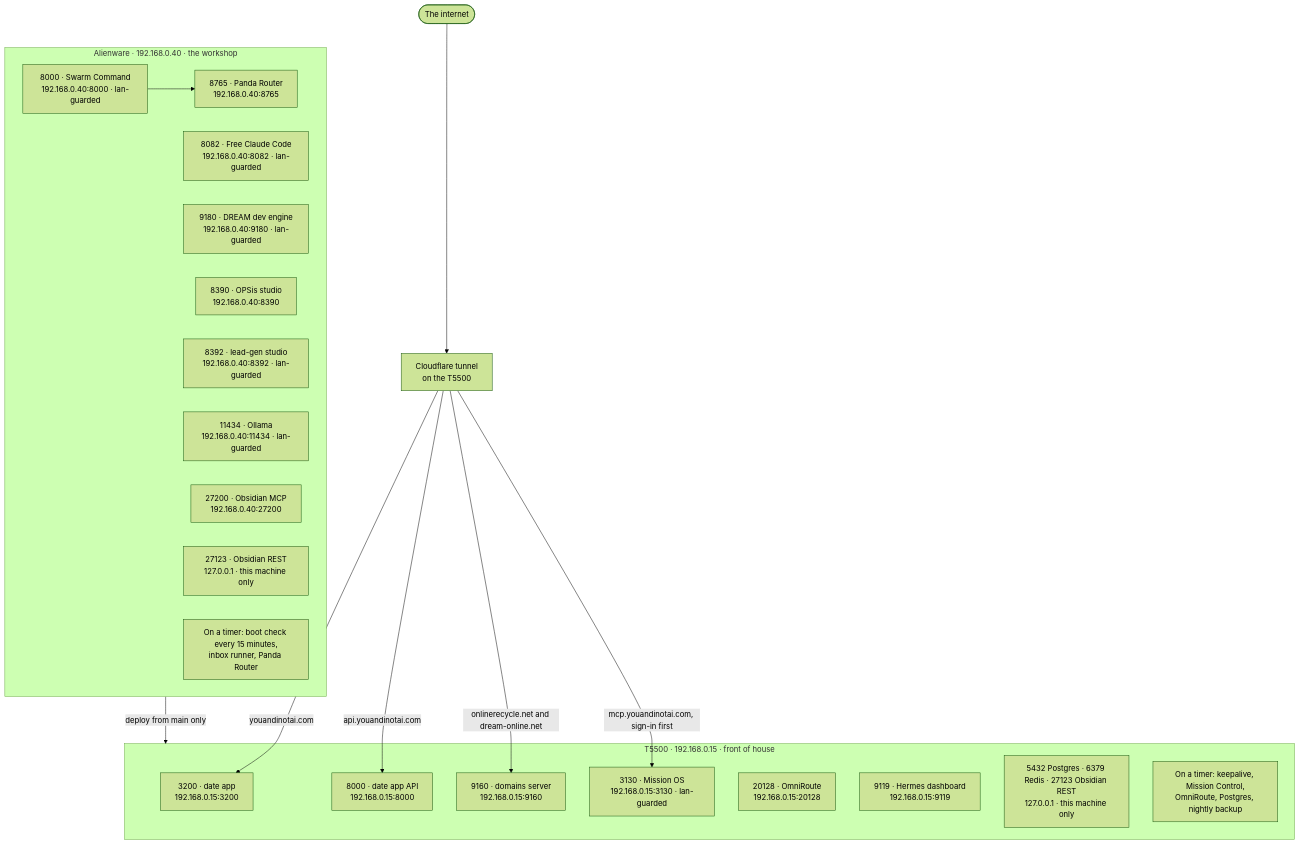
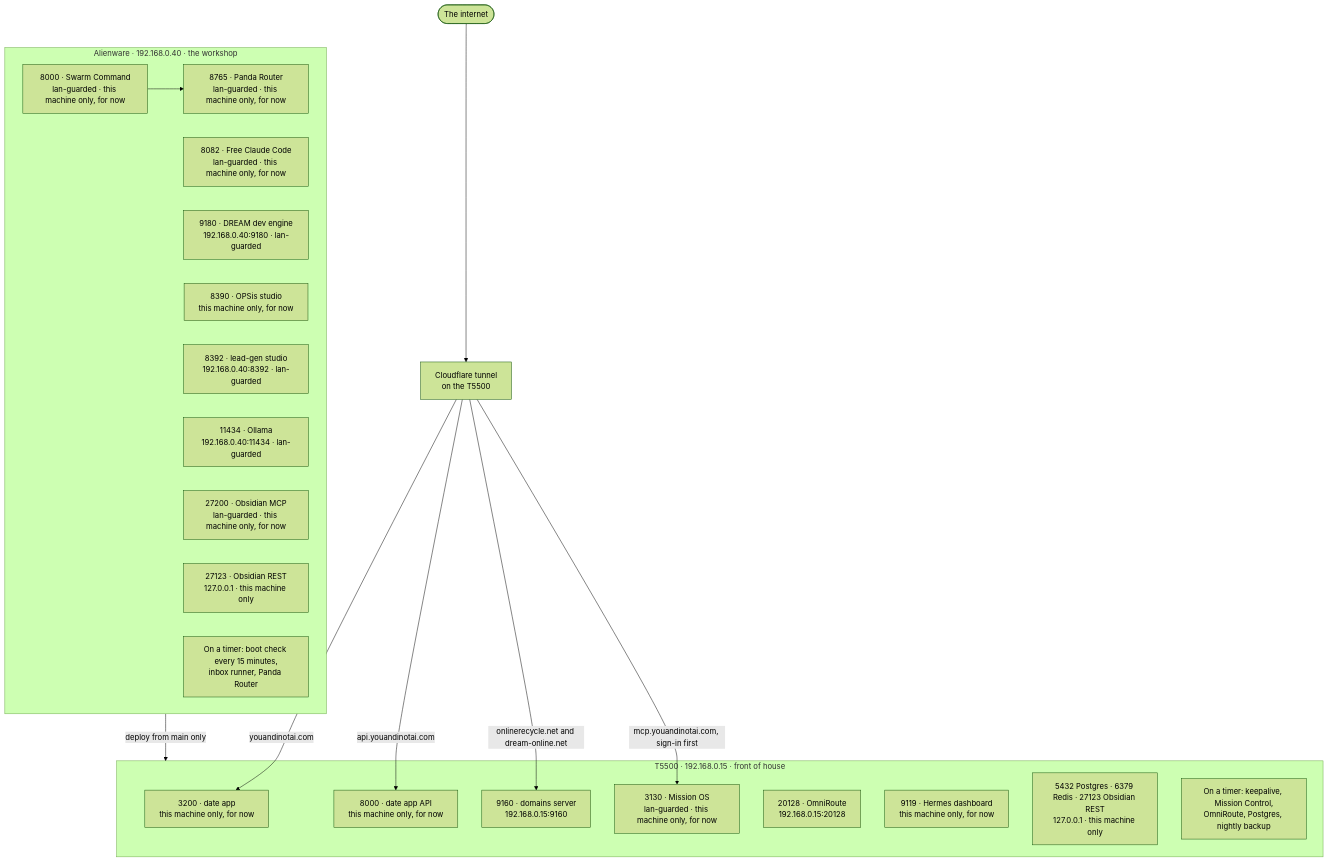
One commit to Trollz1004/dream-online changed the third of 4 diagrams in docs/kitchen/KITCHEN.md. Above: the diagram before and after it, drawn with Mermaid (forest theme). The commit also changed other lines of this file, not shown here.

Commit message:
docs(kitchen): mark loopback-only services honestly as this machine only, for now

````diff
--- a/docs/kitchen/KITCHEN.md
+++ b/docs/kitchen/KITCHEN.md
@@ -95,34 +95,34 @@
 ```mermaid
 flowchart TB
   NET(["The internet"])
   CF["Cloudflare tunnel<br/>on the T5500"]
   subgraph T5["T5500 · 192.168.0.15 · front of house"]
-    t3200["3200 · date app<br/>192.168.0.15:3200"]
-    t8000["8000 · date app API<br/>192.168.0.15:8000"]
+    t3200["3200 · date app<br/>this machine only, for now"]
+    t8000["8000 · date app API<br/>this machine only, for now"]
     t9160["9160 · domains server<br/>192.168.0.15:9160"]
-    t3130["3130 · Mission OS<br/>192.168.0.15:3130 · lan-guarded"]
+    t3130["3130 · Mission OS<br/>lan-guarded · this machine only, for now"]
     t20128["20128 · OmniRoute<br/>192.168.0.15:20128"]
-    t9119["9119 · Hermes dashboard<br/>192.168.0.15:9119"]
+    t9119["9119 · Hermes dashboard<br/>this machine only, for now"]
     tdb["5432 Postgres · 6379 Redis · 27123 Obsidian REST<br/>127.0.0.1 · this machine only"]
     tsch["On a timer: keepalive, Mission Control,<br/>OmniRoute, Postgres, nightly backup"]
   end
   subgraph AW["Alienware · 192.168.0.40 · the workshop"]
-    a8000["8000 · Swarm Command<br/>192.168.0.40:8000 · lan-guarded"]
-    a8765["8765 · Panda Router<br/>192.168.0.40:8765"]
-    a8082["8082 · Free Claude Code<br/>192.168.0.40:8082 · lan-guarded"]
+    a8000["8000 · Swarm Command<br/>lan-guarded · this machine only, for now"]
+    a8765["8765 · Panda Router<br/>lan-guarded · this machine only, for now"]
+    a8082["8082 · Free Claude Code<br/>lan-guarded · this machine only, for now"]
     a9180["9180 · DREAM dev engine<br/>192.168.0.40:9180 · lan-guarded"]
-    a8390["8390 · OPSis studio<br/>192.168.0.40:8390"]
+    a8390["8390 · OPSis studio<br/>this machine only, for now"]
     a8392["8392 · lead-gen studio<br/>192.168.0.40:8392 · lan-guarded"]
     a11434["11434 · Ollama<br/>192.168.0.40:11434 · lan-guarded"]
-    a27200["27200 · Obsidian MCP<br/>192.168.0.40:27200"]
+    a27200["27200 · Obsidian MCP<br/>lan-guarded · this machine only, for now"]
     adb["27123 · Obsidian REST<br/>127.0.0.1 · this machine only"]
     asch["On a timer: boot check every 15 minutes,<br/>inbox runner, Panda Router"]
   end
   NET --> CF
   CF -- "youandinotai.com" --> t3200
   CF -- "api.youandinotai.com" --> t8000
   CF -- "onlinerecycle.net and dream-online.net" --> t9160
   CF -- "mcp.youandinotai.com, sign-in first" --> t3130
   a8000 --> a8765
   AW -- "deploy from main only" --> T5
 ```
````
